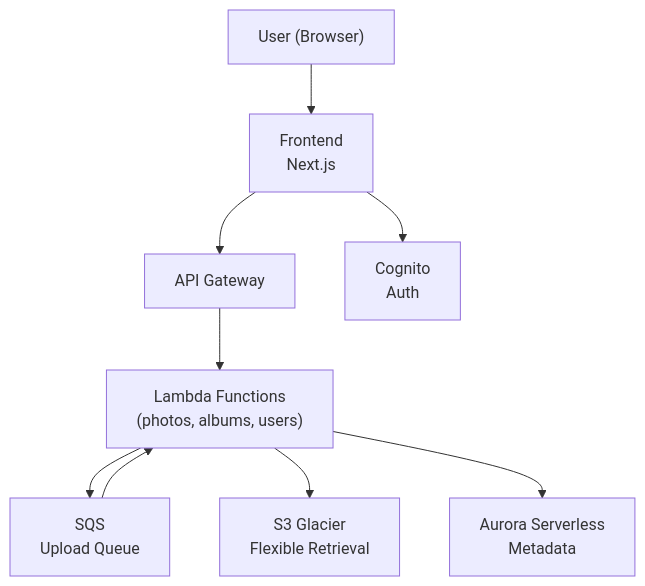
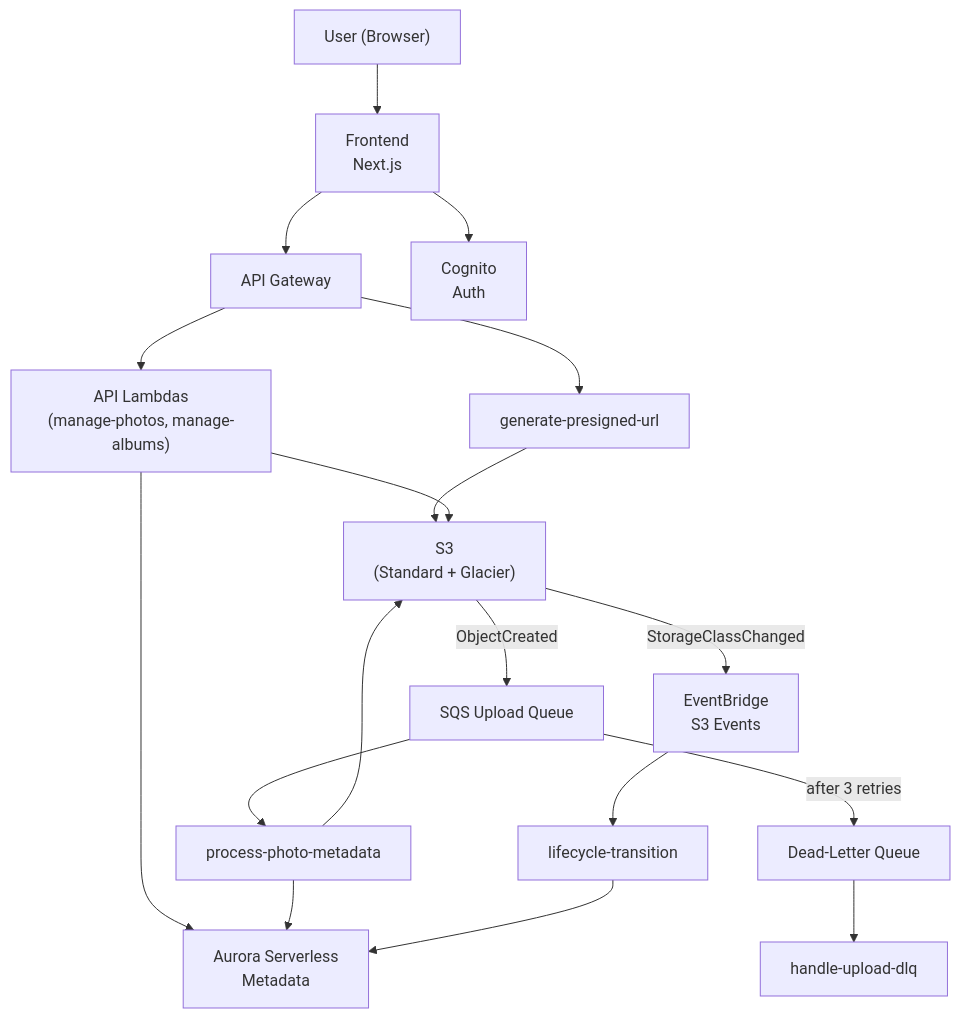
The diagram in README.md (r-ome/psilo), drawn with Mermaid before and after one commit. The commit also changed other lines of this file and 3 other files, not shown here.

First line of the commit message:
docs: update README, CLAUDE.md, and add ADRs for thumbnail pipeline and EventBridge tracking

````diff
--- a/README.md
+++ b/README.md
@@ -72,19 +81,35 @@
 ```mermaid
 graph TD
 User["User (Browser)"]
 FE["Frontend<br>Next.js"]
 APIGW["API Gateway"]
 Cognito["Cognito<br>Auth"]
-Lambda["Lambda Functions<br>(photos, albums, users)"]
-SQS["SQS<br>Upload Queue"]
-S3["S3 Glacier<br>Flexible Retrieval"]
+APILambda["API Lambdas<br>(manage-photos, manage-albums)"]
+PresignLambda["generate-presigned-url"]
+ProcessLambda["process-photo-metadata"]
+LifecycleLambda["lifecycle-transition"]
+DLQLambda["handle-upload-dlq"]
+SQS["SQS Upload Queue"]
+DLQ["Dead-Letter Queue"]
+S3["S3<br>(Standard + Glacier)"]
 Aurora["Aurora Serverless<br>Metadata"]
+EventBridge["EventBridge<br>S3 Events"]
+
 User --> FE
 FE --> Cognito
 FE --> APIGW
-APIGW --> Lambda
-Lambda --> SQS
-Lambda --> S3
-Lambda --> Aurora
-SQS --> Lambda
+APIGW --> APILambda
+APIGW --> PresignLambda
+PresignLambda --> S3
+APILambda --> S3
+APILambda --> Aurora
+S3 -->|ObjectCreated| SQS
+SQS --> ProcessLambda
+ProcessLambda --> S3
+ProcessLambda --> Aurora
+SQS -->|after 3 retries| DLQ
+DLQ --> DLQLambda
+S3 -->|StorageClassChanged| EventBridge
+EventBridge --> LifecycleLambda
+LifecycleLambda --> Aurora
 ```
````
